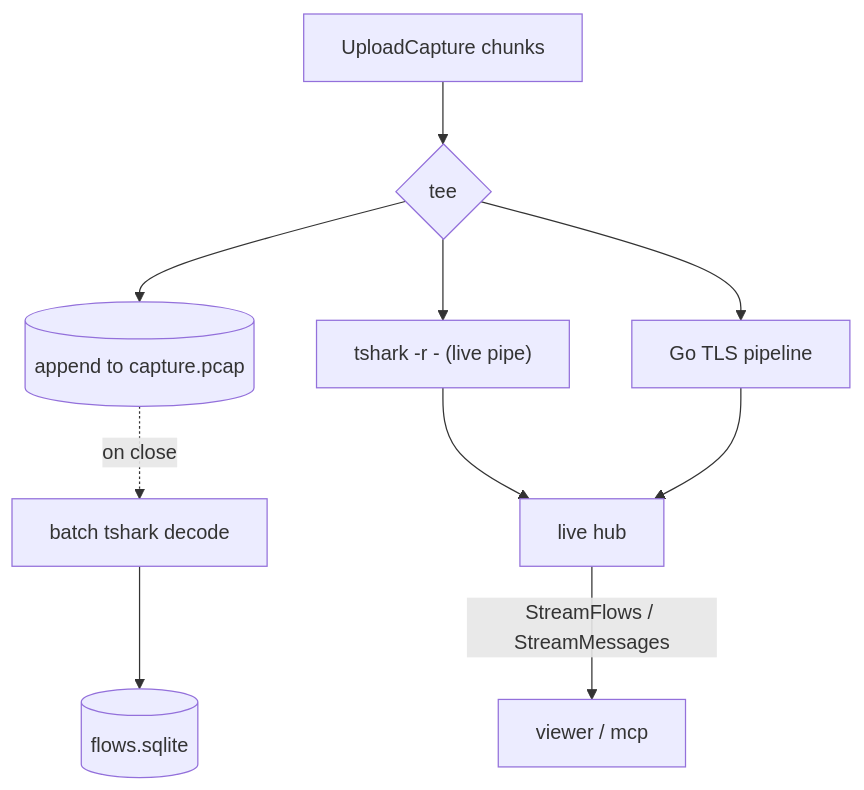
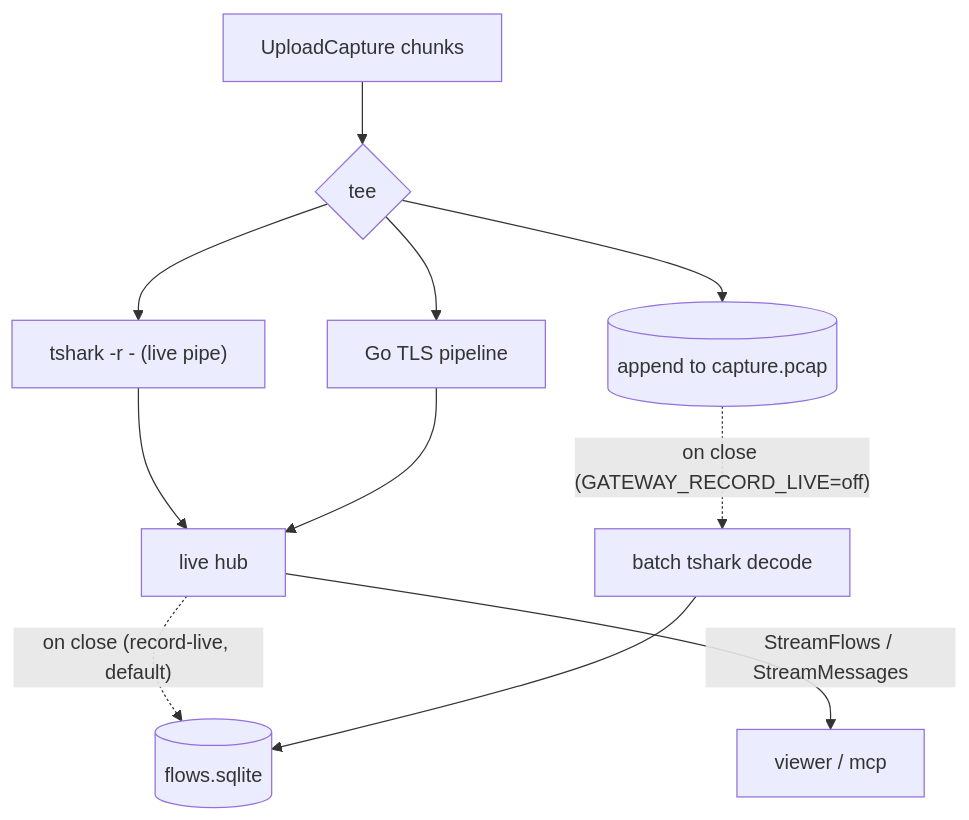
Before and after one commit to nklyshko/traffic-deck: the third of 4 diagrams in docs/architecture.md, drawn with Mermaid. The commit also changed other lines of this file and 2 other files, not shown here.

First line of the commit message:
gateway: default to record-live (no batch tshark decode on close)

````diff
--- a/docs/architecture.md
+++ b/docs/architecture.md
@@ -101,12 +104,13 @@
 ```mermaid
 flowchart TD
   up["UploadCapture chunks"] --> tee{tee}
   tee --> archive[(append to capture.pcap)]
   tee --> pipe1["tshark -r - (live pipe)"]
   tee --> pipe2["Go TLS pipeline"]
   pipe1 --> hub[live hub]
   pipe2 --> hub
   hub -- "StreamFlows / StreamMessages" --> client[viewer / mcp]
-  archive -. "on close" .-> batch["batch tshark decode"]
-  batch --> sqlite[(flows.sqlite)]
+  hub -. "on close (record-live, default)" .-> sqlite[(flows.sqlite)]
+  archive -. "on close (GATEWAY_RECORD_LIVE=off)" .-> batch["batch tshark decode"]
+  batch --> sqlite
 ```
````
